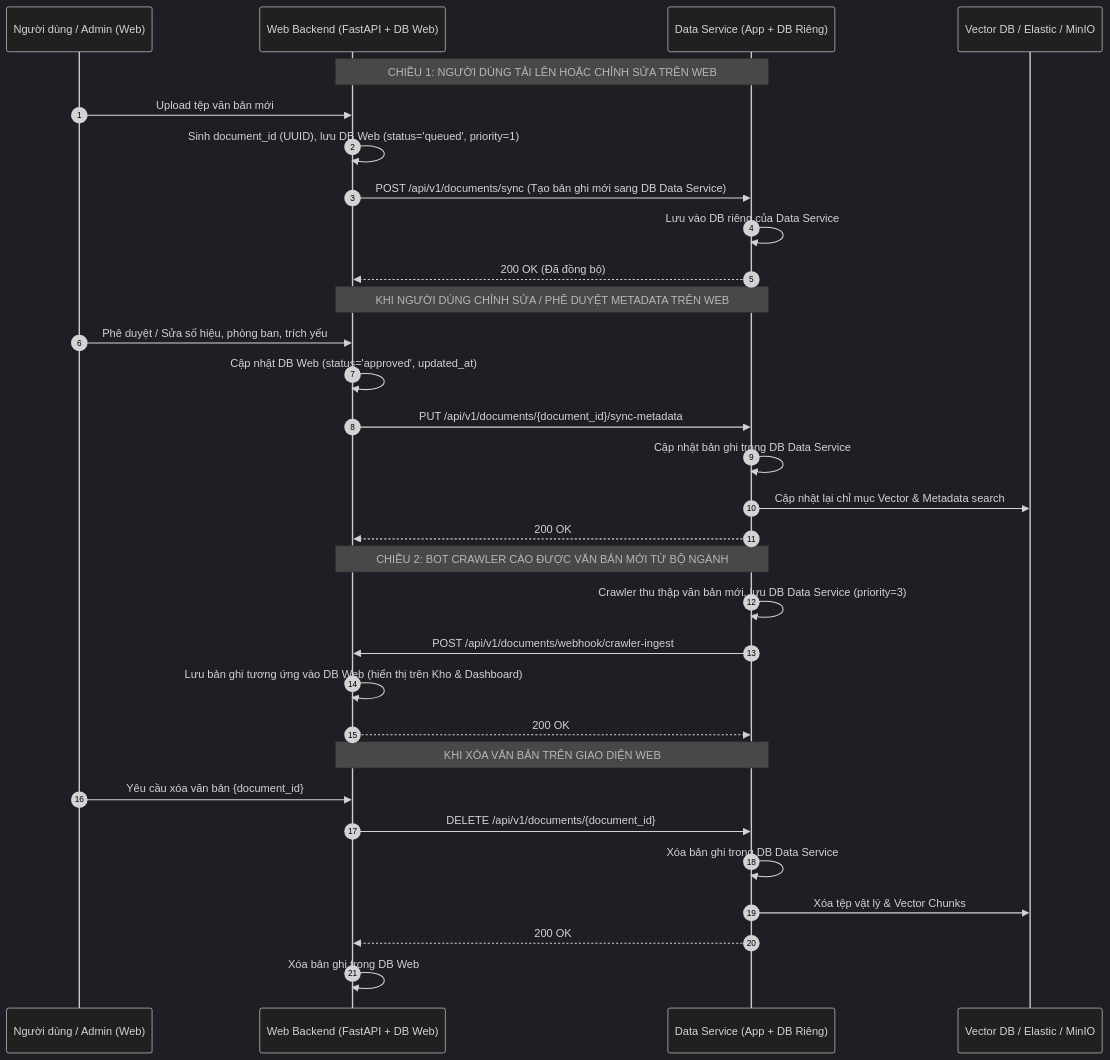
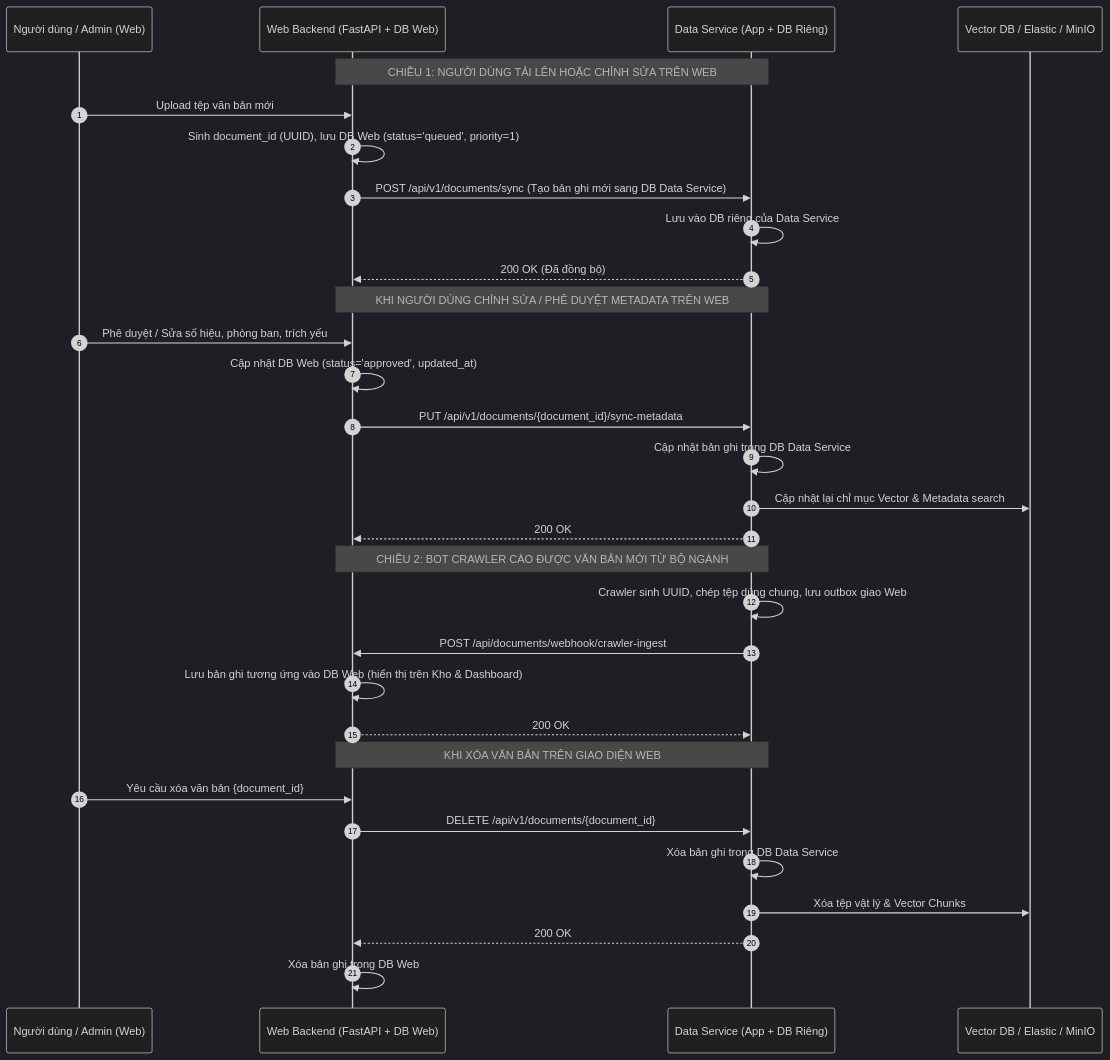
One commit to ADCS-PTIT-2026/main-website changed the diagram in docs/COORDINATION_DATA_SERVICE.md. Above: the diagram before and after it, drawn with Mermaid (dark theme). The commit also changed other lines of this file and 48 other files, not shown here.

````diff
--- a/docs/COORDINATION_DATA_SERVICE.md
+++ b/docs/COORDINATION_DATA_SERVICE.md
@@ -25,37 +25,37 @@
 ```mermaid
 sequenceDiagram
     autonumber
     participant User as Người dùng / Admin (Web)
     participant Web as Web Backend (FastAPI + DB Web)
     participant DS as Data Service (App + DB Riêng)
     participant ES as Vector DB / Elastic / MinIO
 
     Note over Web, DS: CHIỀU 1: NGƯỜI DÙNG TẢI LÊN HOẶC CHỈNH SỬA TRÊN WEB
     User->>Web: Upload tệp văn bản mới
     Web->>Web: Sinh document_id (UUID), lưu DB Web (status='queued', priority=1)
     Web->>DS: POST /api/v1/documents/sync (Tạo bản ghi mới sang DB Data Service)
     DS->>DS: Lưu vào DB riêng của Data Service
     DS-->>Web: 200 OK (Đã đồng bộ)
 
     Note over Web, DS: KHI NGƯỜI DÙNG CHỈNH SỬA / PHÊ DUYỆT METADATA TRÊN WEB
     User->>Web: Phê duyệt / Sửa số hiệu, phòng ban, trích yếu
     Web->>Web: Cập nhật DB Web (status='approved', updated_at)
     Web->>DS: PUT /api/v1/documents/{document_id}/sync-metadata
     DS->>DS: Cập nhật bản ghi trong DB Data Service
     DS->>ES: Cập nhật lại chỉ mục Vector & Metadata search
     DS-->>Web: 200 OK
 
     Note over Web, DS: CHIỀU 2: BOT CRAWLER CÀO ĐƯỢC VĂN BẢN MỚI TỪ BỘ NGÀNH
-    DS->>DS: Crawler thu thập văn bản mới, lưu DB Data Service (priority=3)
-    DS->>Web: POST /api/v1/documents/webhook/crawler-ingest
+    DS->>DS: Crawler sinh UUID, chép tệp dùng chung, lưu outbox giao Web
+    DS->>Web: POST /api/documents/webhook/crawler-ingest
     Web->>Web: Lưu bản ghi tương ứng vào DB Web (hiển thị trên Kho & Dashboard)
     Web-->>DS: 200 OK
 
     Note over Web, DS: KHI XÓA VĂN BẢN TRÊN GIAO DIỆN WEB
     User->>Web: Yêu cầu xóa văn bản {document_id}
     Web->>DS: DELETE /api/v1/documents/{document_id}
     DS->>DS: Xóa bản ghi trong DB Data Service
     DS->>ES: Xóa tệp vật lý & Vector Chunks
     DS-->>Web: 200 OK
     Web->>Web: Xóa bản ghi trong DB Web
 ```
````
